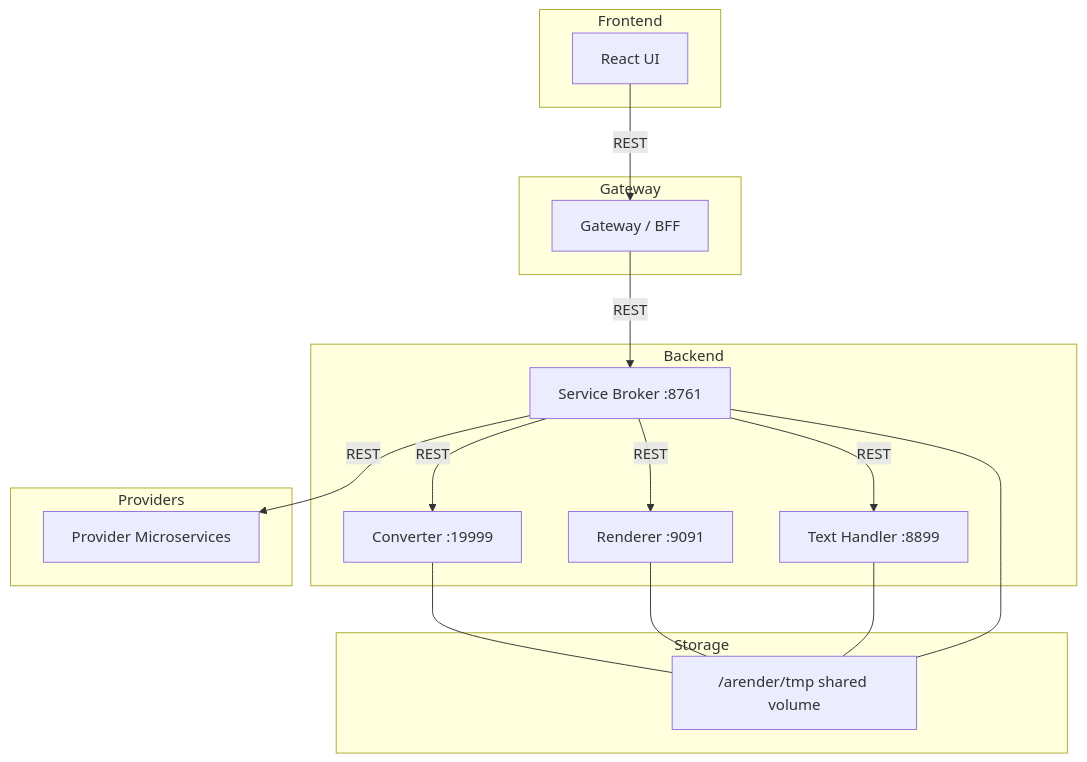
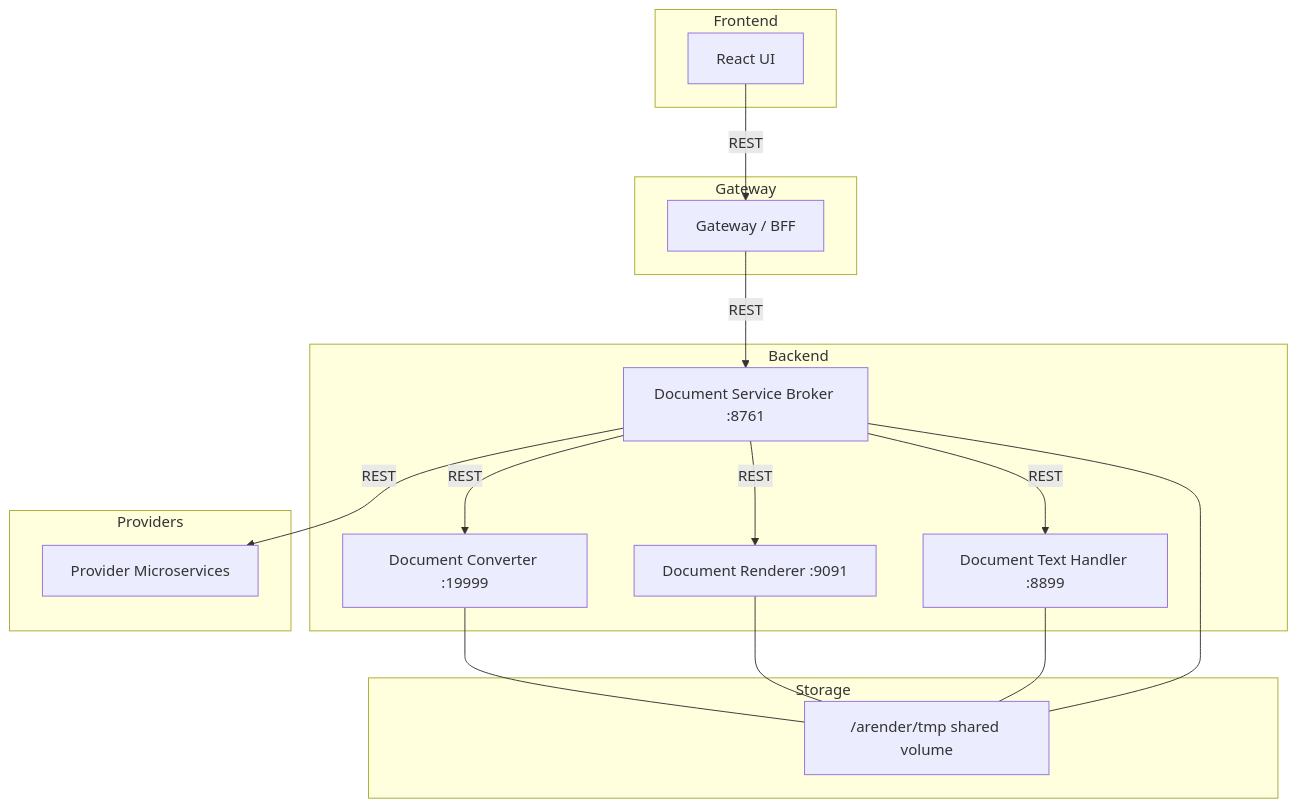
Before and after one commit to Uxopian/uxodocs: the first of 3 diagrams in docs/arender/overview/architecture.modern.md, drawn with Mermaid. The commit also changed other lines of this file and 34 other files, not shown here.

````diff
--- a/docs/arender/overview/architecture.modern.md
+++ b/docs/arender/overview/architecture.modern.md
@@ -17,25 +17,25 @@
 ```mermaid
 graph TB
     subgraph Frontend
         C[React UI]
     end
     subgraph Gateway
         GW[Gateway / BFF]
     end
     subgraph Backend
-        GW -->|REST| SB[Service Broker :8761]
-        SB -->|REST| DC[Converter :19999]
-        SB -->|REST| DR[Renderer :9091]
-        SB -->|REST| DT[Text Handler :8899]
+        GW -->|REST| SB[Document Service Broker :8761]
+        SB -->|REST| DC[Document Converter :19999]
+        SB -->|REST| DR[Document Renderer :9091]
+        SB -->|REST| DT[Document Text Handler :8899]
     end
     subgraph Providers
         SB -->|REST| P[Provider Microservices]
     end
     subgraph Storage
         DC --- TMP["/arender/tmp shared volume"]
         DR --- TMP
         DT --- TMP
         SB --- TMP
     end
     C -->|REST| GW
 ```
````
